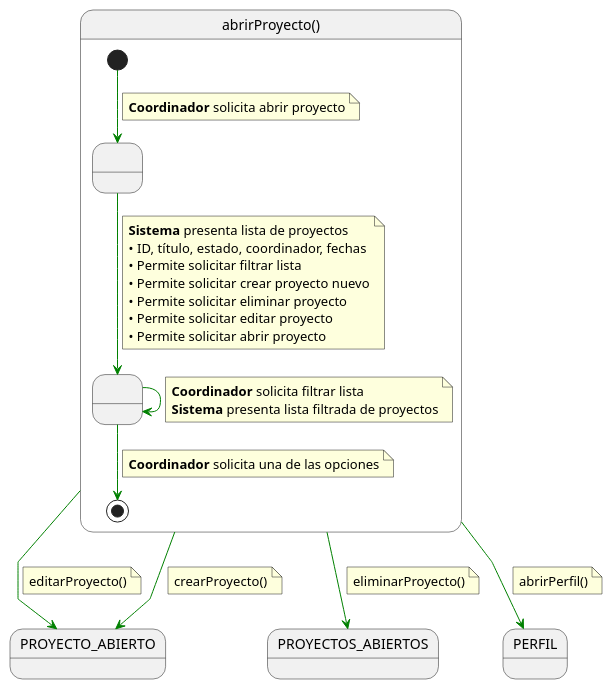
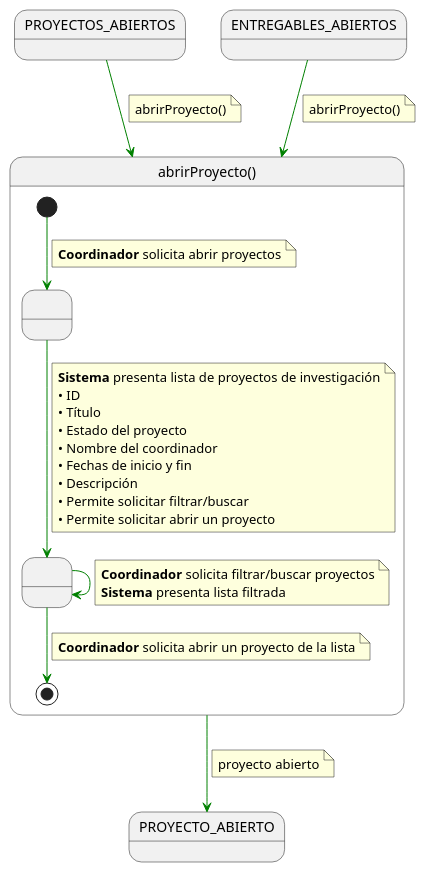
Before and after one commit to 31Diego/25-26-IdSw1-SdR: the diagram in documents/casosDeUso/detalle/coordinador/02-gestion-proyectos/abrirProyecto/abrirProyecto.puml, drawn with PlantUML. The commit also changed 8 other files, not shown here.

Commit message:
crearProyecto() y abrirProyecto() prototipado y detallado. Ademas edito editarProyecto

```diff
--- a/documents/casosDeUso/detalle/coordinador/02-gestion-proyectos/abrirProyecto/abrirProyecto.puml
+++ b/documents/casosDeUso/detalle/coordinador/02-gestion-proyectos/abrirProyecto/abrirProyecto.puml
@@ -1,58 +1,55 @@
 @startuml abrirProyecto
 
 skinparam linetype polyline
 
 state abrirProyecto as "abrirProyecto()" {
 
-    state " " as MostrandoLista
-    state " " as FiltrandoLista
+    state " " as MostrandoListaProyectos
+    state " " as SeleccionandoProyecto
 
-    [*] -[#green]-> MostrandoLista 
+    [*] -[#green]-> MostrandoListaProyectos
     note on link
-    <b>Coordinador</b> solicita abrir proyecto
-    end note    
-    
-    MostrandoLista -[#green]-> FiltrandoLista
+    <b>Coordinador</b> solicita abrir proyectos
+    end note
+
+    MostrandoListaProyectos -[#green]-> SeleccionandoProyecto
     note on link
-    <b>Sistema</b> presenta lista de proyectos
-    • ID, título, estado, coordinador, fechas
-    • Permite solicitar filtrar lista
-    • Permite solicitar crear proyecto nuevo
-    • Permite solicitar eliminar proyecto
-    • Permite solicitar editar proyecto
-    • Permite solicitar abrir proyecto
+    <b>Sistema</b> presenta lista de proyectos de investigación
+    • ID
+    • Título
+    • Estado del proyecto
+    • Nombre del coordinador
+    • Fechas de inicio y fin
+    • Descripción
+    • Permite solicitar filtrar/buscar
+    • Permite solicitar abrir un proyecto
     end note
-    
-    FiltrandoLista -[#green]-> FiltrandoLista
+
+    SeleccionandoProyecto -[#green]-> SeleccionandoProyecto
     note on link
-    <b>Coordinador</b> solicita filtrar lista
-    <b>Sistema</b> presenta lista filtrada de proyectos
+    <b>Coordinador</b> solicita filtrar/buscar proyectos
+    <b>Sistema</b> presenta lista filtrada
     end note
-    
-    FiltrandoLista -[#green]-> [*]
+
+    SeleccionandoProyecto -[#green]-> [*]
     note on link
-    <b>Coordinador</b> solicita una de las opciones
+    <b>Coordinador</b> solicita abrir un proyecto de la lista
     end note
 }
 
-abrirProyecto -[#green]-> PROYECTO_ABIERTO
+PROYECTOS_ABIERTOS -[#green]-> abrirProyecto
 note on link
-editarProyecto()
+abrirProyecto()
+end note
+
+ENTREGABLES_ABIERTOS -[#green]-> abrirProyecto
+note on link
+abrirProyecto()
 end note
 
 abrirProyecto -[#green]-> PROYECTO_ABIERTO
 note on link
-crearProyecto()
-end note
-
-abrirProyecto -[#green]-> PROYECTOS_ABIERTOS
-note on link
-eliminarProyecto()
-end note
-
-abrirProyecto -[#green]-> PERFIL
-note on link
-abrirPerfil()
+proyecto abierto
 end note
 
 @enduml
```
